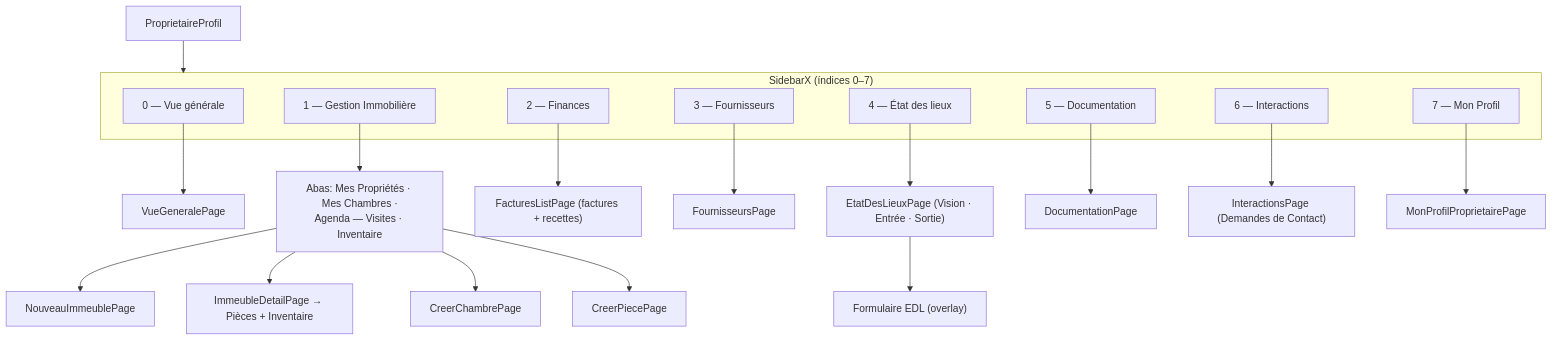
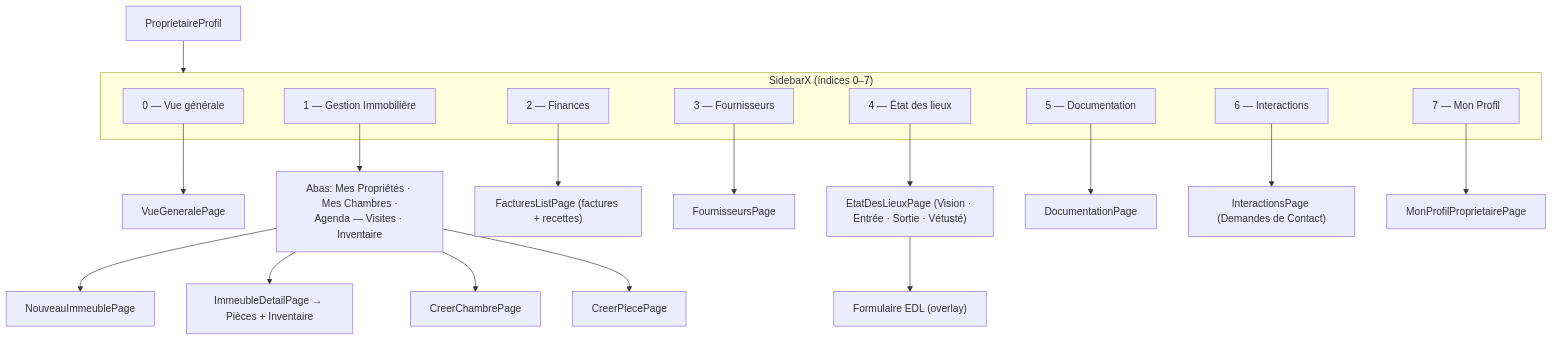
One commit to rhayonne/lacoloc changed the second of 6 diagrams in diagrams/04_navegacao.md. Above: the diagram before and after it, drawn with Mermaid. The commit also changed other lines of this file and 89 other files, not shown here.

````diff
--- a/diagrams/04_navegacao.md
+++ b/diagrams/04_navegacao.md
@@ -49,32 +55,32 @@
 ```mermaid
 flowchart TD
     PPROFIL["ProprietaireProfil"]
 
     subgraph Sidebar["SidebarX (índices 0–7)"]
         S0["0 — Vue générale"]
         S1["1 — Gestion Immobilière"]
         S2["2 — Finances"]
         S3["3 — Fournisseurs"]
         S4["4 — État des lieux"]
         S5["5 — Documentation"]
         S6["6 — Interactions"]
         S7["7 — Mon Profil"]
     end
 
     PPROFIL --> Sidebar
 
     S0 --> C0["VueGeneralePage"]
     S1 --> C1["Abas: Mes Propriétés · Mes Chambres ·\nAgenda — Visites · Inventaire"]
     S2 --> C2["FacturesListPage (factures + recettes)"]
     S3 --> C3["FournisseursPage"]
-    S4 --> C4["EtatDesLieuxPage (Vision · Entrée · Sortie)"]
+    S4 --> C4["EtatDesLieuxPage (Vision · Entrée · Sortie · Vétusté)"]
     S5 --> C5["DocumentationPage"]
     S6 --> C6["InteractionsPage (Demandes de Contact)"]
     S7 --> C7["MonProfilProprietairePage"]
 
     C1 --> NIMM["NouveauImmeublePage"]
     C1 --> IDET["ImmeubleDetailPage → Pièces + Inventaire"]
     C1 --> CCH["CreerChambrePage"]
     C1 --> CPC["CreerPiecePage"]
     C4 --> EDLFORM["Formulaire EDL (overlay)"]
 ```
````
